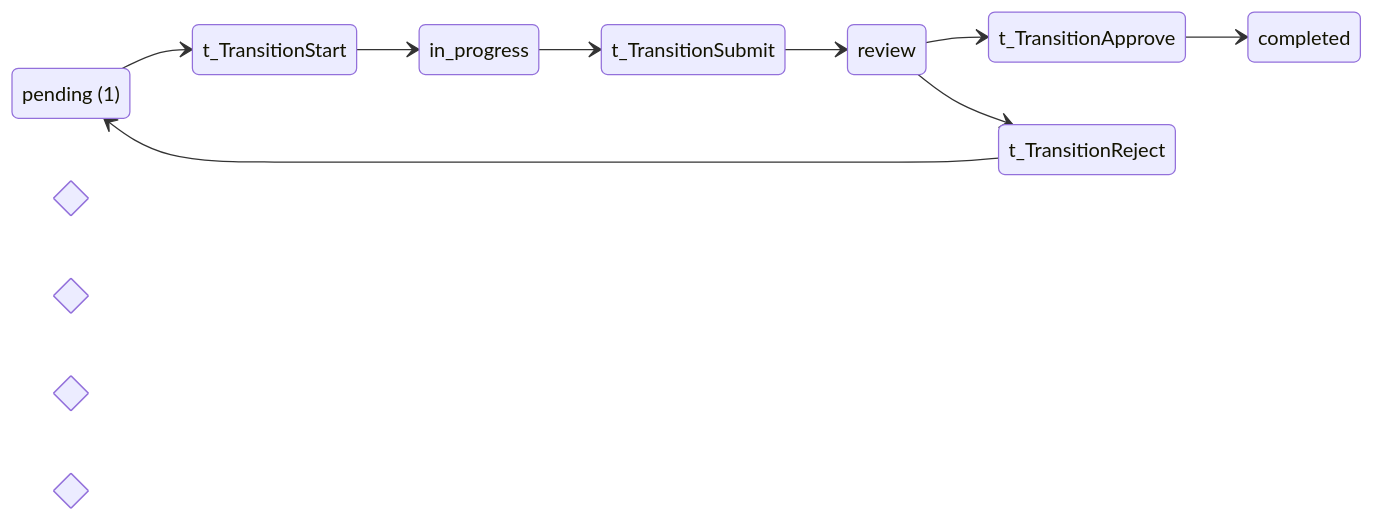
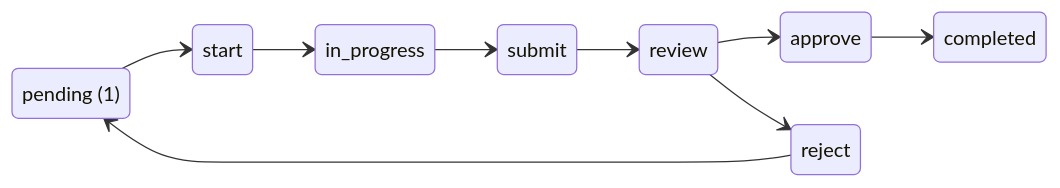
Before and after one commit to pflow-xyz/petri-pilot: the first of 4 diagrams in generated/task-manager/README.md, drawn with Mermaid. The commit also changed other lines of this file and 10 other files, not shown here.

First line of the commit message:
Fix Mermaid diagram syntax in README template

````diff
--- a/generated/task-manager/README.md
+++ b/generated/task-manager/README.md
@@ -49,29 +49,29 @@
 ```mermaid
 stateDiagram-v2
     direction LR
 
     state "pending (1)" as PlacePending
     state "in_progress" as PlaceInProgress
     state "review" as PlaceReview
     state "completed" as PlaceCompleted
 
 
-    state "start" as t_TransitionStart <<choice>>
-    state "submit" as t_TransitionSubmit <<choice>>
-    state "approve" as t_TransitionApprove <<choice>>
-    state "reject" as t_TransitionReject <<choice>>
+    state "start" as t_TransitionStart
+    state "submit" as t_TransitionSubmit
+    state "approve" as t_TransitionApprove
+    state "reject" as t_TransitionReject
 
 
-    PlacePending --> t_TransitionStart: 
-    t_TransitionStart --> PlaceInProgress: 
+    PlacePending --> t_TransitionStart
+    t_TransitionStart --> PlaceInProgress
 
-    PlaceInProgress --> t_TransitionSubmit: 
-    t_TransitionSubmit --> PlaceReview: 
+    PlaceInProgress --> t_TransitionSubmit
+    t_TransitionSubmit --> PlaceReview
 
-    PlaceReview --> t_TransitionApprove: 
-    t_TransitionApprove --> PlaceCompleted: 
+    PlaceReview --> t_TransitionApprove
+    t_TransitionApprove --> PlaceCompleted
 
-    PlaceReview --> t_TransitionReject: 
-    t_TransitionReject --> PlacePending: 
+    PlaceReview --> t_TransitionReject
+    t_TransitionReject --> PlacePending
 
 ```
````
